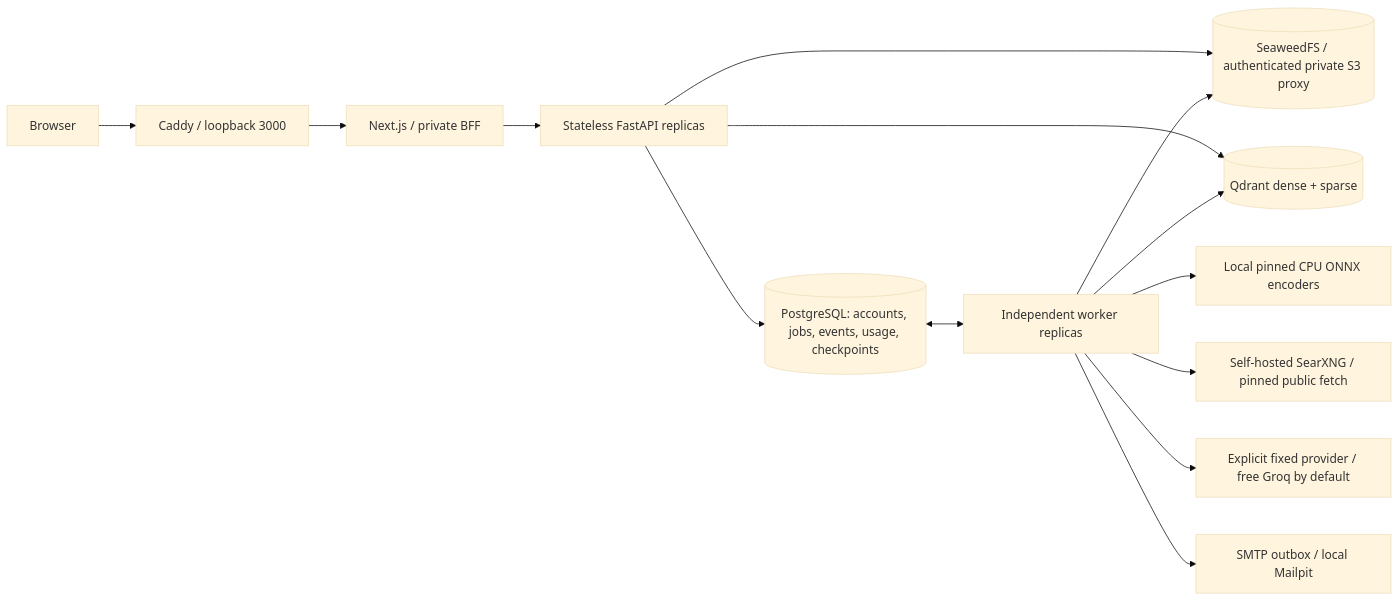
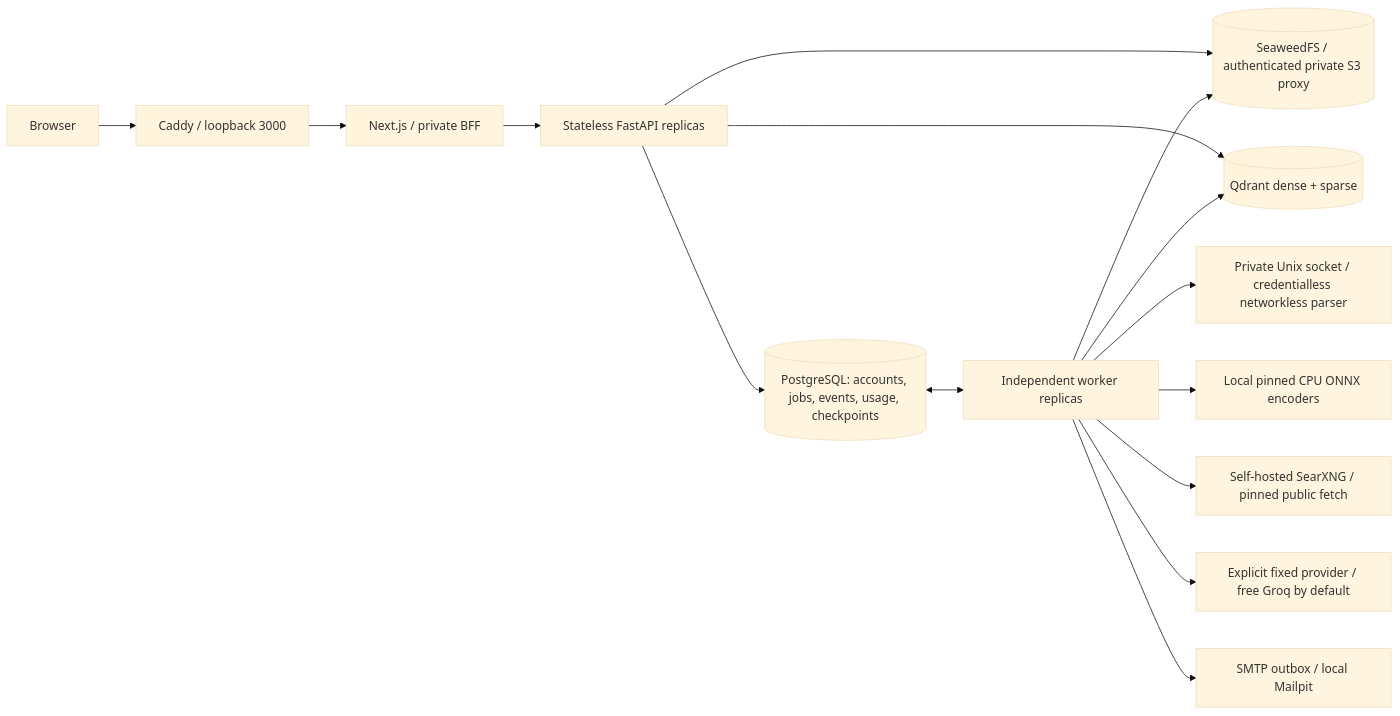
The diagram in docs/ARCHITECTURE.md (rishicodes576/quarry), drawn with Mermaid (base theme) before and after one commit. The commit also changed other lines of this file and 96 other files, not shown here.

````diff
--- a/docs/ARCHITECTURE.md
+++ b/docs/ARCHITECTURE.md
@@ -3,16 +3,17 @@
 ```mermaid
 flowchart LR
   Browser[Browser] --> Gateway[Caddy / loopback 3000]
   Gateway --> Web[Next.js / private BFF]
   Web --> API[Stateless FastAPI replicas]
   API --> PG[(PostgreSQL: accounts, jobs, events, usage, checkpoints)]
   API --> S3[(SeaweedFS / authenticated private S3 proxy)]
   API --> Q[(Qdrant dense + sparse)]
   PG <--> Workers[Independent worker replicas]
   Workers --> S3
   Workers --> Q
+  Workers --> Parser[Private Unix socket / credentialless networkless parser]
   Workers --> ONNX[Local pinned CPU ONNX encoders]
   Workers --> Search[Self-hosted SearXNG / pinned public fetch]
   Workers --> Provider[Explicit fixed provider / free Groq by default]
   Workers --> Mail[SMTP outbox / local Mailpit]
 ```
````
